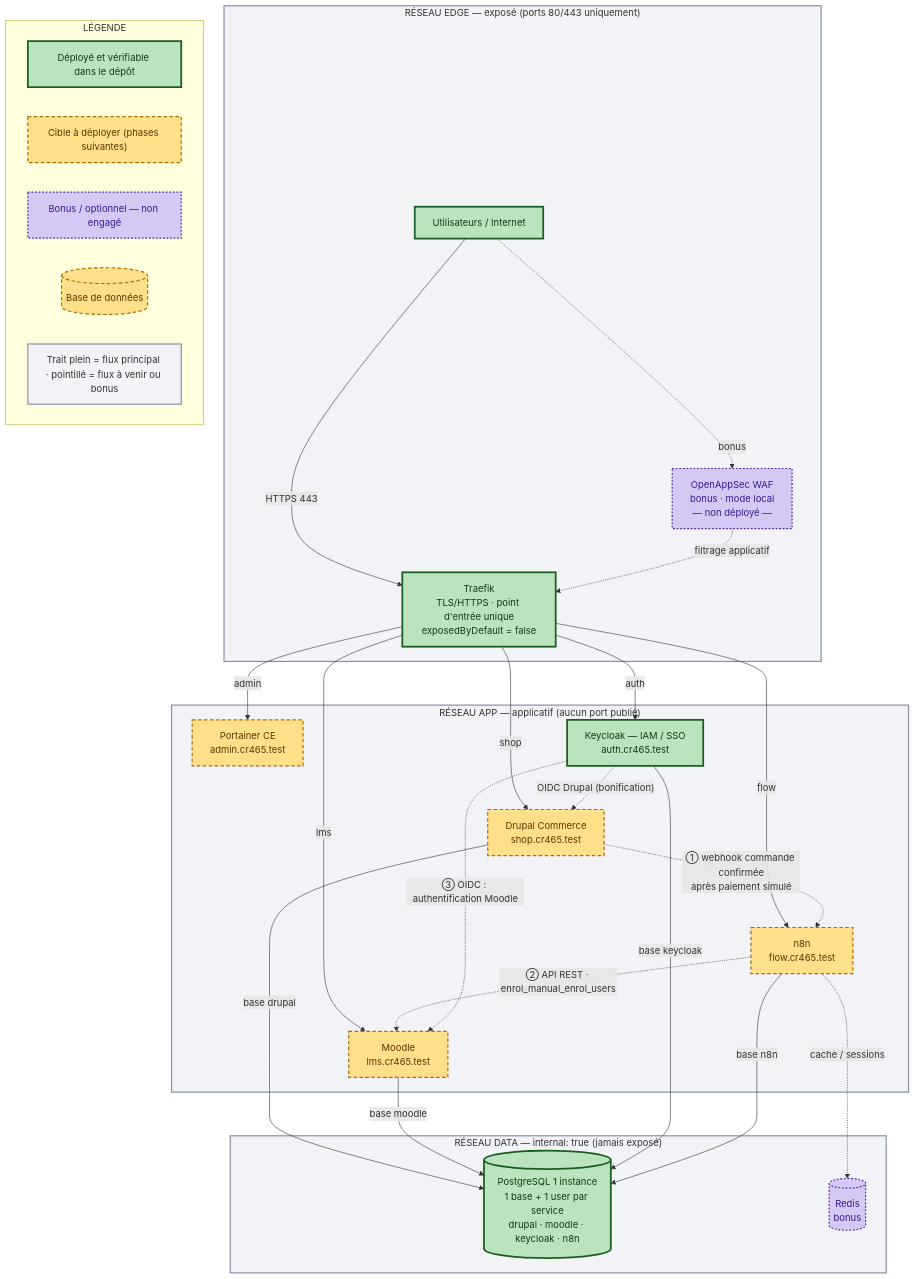
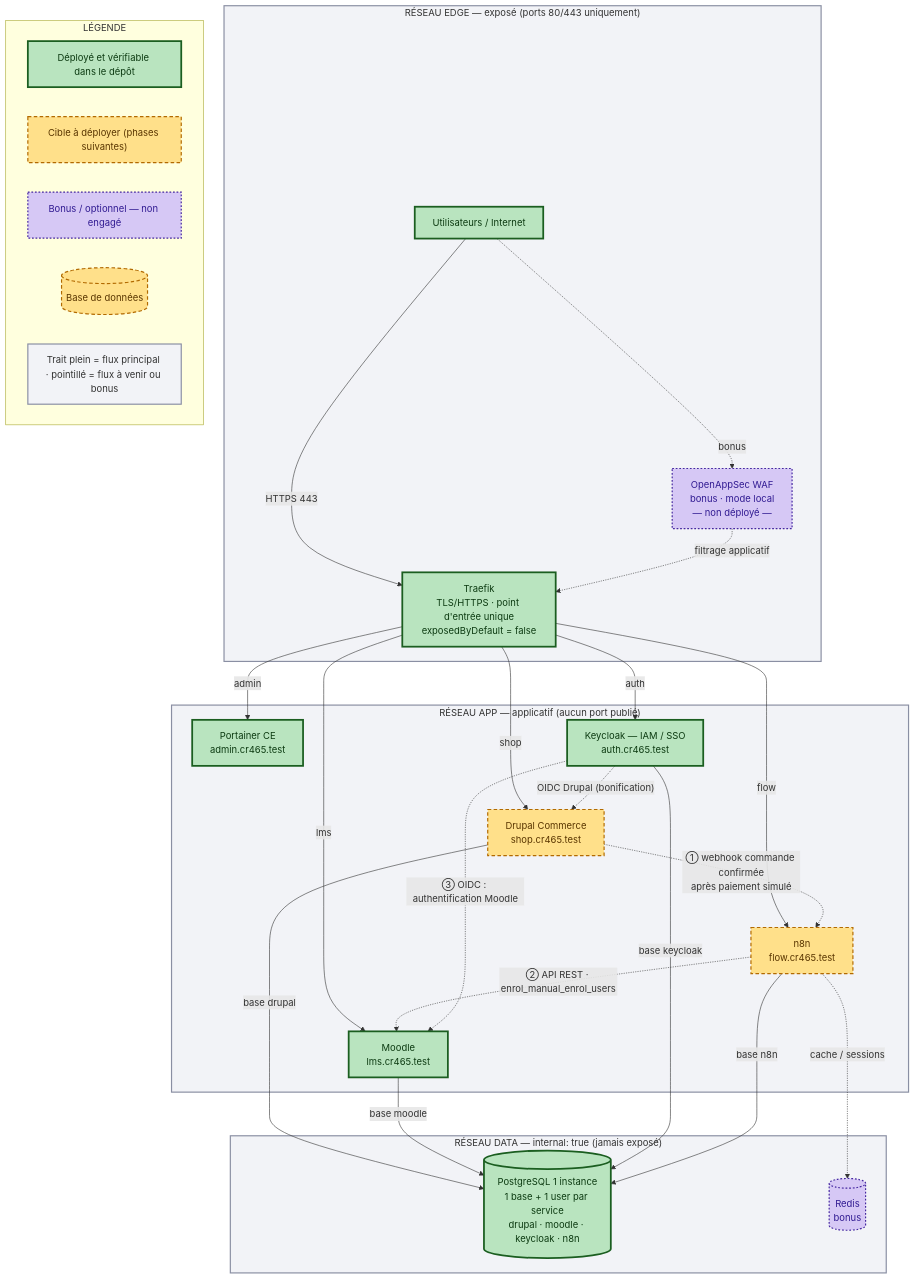
One commit to 20GHhub19/CR465-travail-de-session changed the diagram in docs/architecture/01-architecture-generale.md. Above: the diagram before and after it, drawn with Mermaid. The commit also changed 8 other files, not shown here.

First line of the commit message:
docs: Moodle et Portainer deployes, journal du sprint D

````diff
--- a/docs/architecture/01-architecture-generale.md
+++ b/docs/architecture/01-architecture-generale.md
@@ -10,66 +10,66 @@
 ```mermaid
 flowchart TB
     subgraph EDGE["RÉSEAU EDGE — exposé (ports 80/443 uniquement)"]
         USERS["Utilisateurs / Internet"]
         WAF["OpenAppSec WAF<br/>bonus · mode local<br/>— non déployé —"]
         TRAEFIK["Traefik<br/>TLS/HTTPS · point d'entrée unique<br/>exposedByDefault = false"]
     end
 
     subgraph APP["RÉSEAU APP — applicatif (aucun port publié)"]
         PORTAINER["Portainer CE<br/>admin.cr465.test"]
         DRUPAL["Drupal Commerce<br/>shop.cr465.test"]
         N8N["n8n<br/>flow.cr465.test"]
         MOODLE["Moodle<br/>lms.cr465.test"]
         KEYCLOAK["Keycloak — IAM / SSO<br/>auth.cr465.test"]
     end
 
     subgraph DATA["RÉSEAU DATA — internal: true (jamais exposé)"]
         PG[("PostgreSQL 1 instance<br/>1 base + 1 user par service<br/>drupal · moodle · keycloak · n8n")]
         REDIS[("Redis<br/>bonus")]
     end
 
     USERS -->|"HTTPS 443"| TRAEFIK
     USERS -.->|"bonus"| WAF
     WAF -.->|"filtrage applicatif"| TRAEFIK
 
     TRAEFIK -->|"admin"| PORTAINER
     TRAEFIK -->|"shop"| DRUPAL
     TRAEFIK -->|"lms"| MOODLE
     TRAEFIK -->|"auth"| KEYCLOAK
     TRAEFIK -->|"flow"| N8N
 
     DRUPAL -->|"base drupal"| PG
     MOODLE -->|"base moodle"| PG
     KEYCLOAK -->|"base keycloak"| PG
     N8N -->|"base n8n"| PG
     N8N -.->|"cache / sessions"| REDIS
 
     DRUPAL -.->|"① webhook commande confirmée<br/>après paiement simulé"| N8N
     N8N -.->|"② API REST · enrol_manual_enrol_users"| MOODLE
     KEYCLOAK -.->|"③ OIDC : authentification Moodle"| MOODLE
     KEYCLOAK -.->|"OIDC Drupal (bonification)"| DRUPAL
 
     subgraph LEG["LÉGENDE"]
         L1["Déployé et vérifiable dans le dépôt"]
         L2["Cible à déployer (phases suivantes)"]
         L3["Bonus / optionnel — non engagé"]
         L4[("Base de données")]
         L5["Trait plein = flux principal · pointillé = flux à venir ou bonus"]
     end
     class L1 deployed
     class L2 toBuild
     class L3 bonus
     class L4 toBuild
     class L5 zone
 
     classDef deployed fill:#b9e4bf,stroke:#1b5e20,stroke-width:3px,color:#0d3b12
     classDef toBuild fill:#ffe08a,stroke:#b26a00,stroke-width:2px,stroke-dasharray:6 4,color:#5a3600
     classDef bonus fill:#d6c8f5,stroke:#4527a0,stroke-width:2px,stroke-dasharray:3 3,color:#311b92
     classDef zone fill:#f2f3f7,stroke:#8a8fa3,stroke-width:2px
 
-    class USERS,TRAEFIK,PG,KEYCLOAK deployed
-    class PORTAINER,DRUPAL,N8N,MOODLE toBuild
+    class USERS,TRAEFIK,PG,KEYCLOAK,MOODLE,PORTAINER deployed
+    class DRUPAL,N8N toBuild
     class WAF,REDIS bonus
 
     class EDGE,APP,DATA zone
 ```
````
